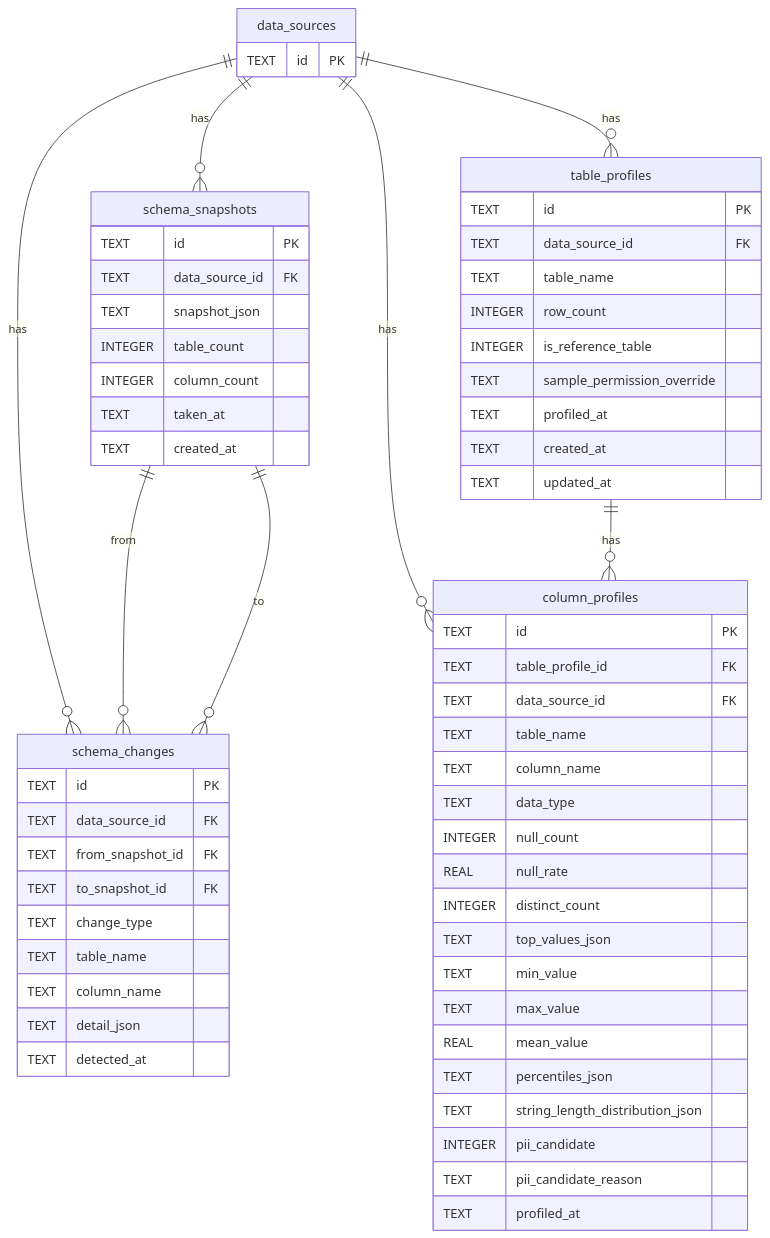
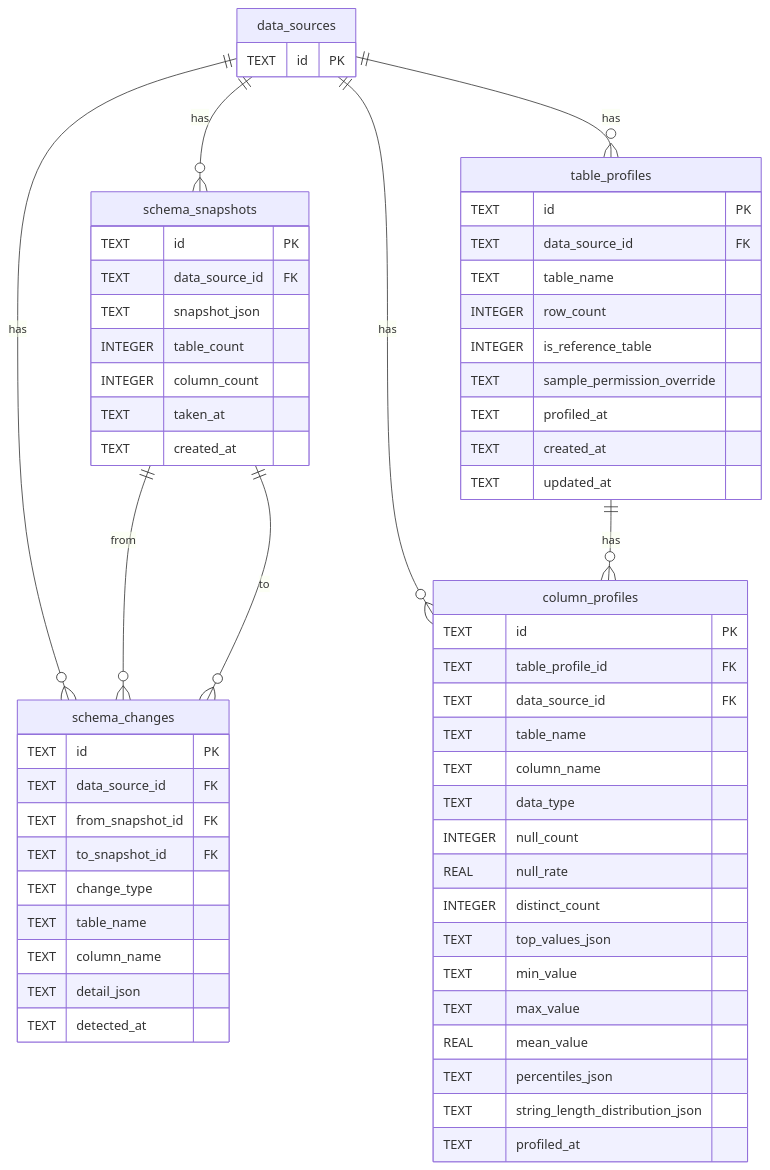
The fourth of 9 diagrams in docs/DATABASE_SCHEMA.md (cichobuc/AIBIo), drawn with Mermaid before and after one commit. The commit also changed other lines of this file and 30 other files, not shown here.

First line of the commit message:
refactor: unify PII metadata, fold Permissions into Settings + Schema tree

````diff
--- a/docs/DATABASE_SCHEMA.md
+++ b/docs/DATABASE_SCHEMA.md
@@ -288,69 +288,67 @@
 ```mermaid
 erDiagram
     data_sources {
         TEXT id PK
     }
 
     schema_snapshots {
         TEXT id PK
         TEXT data_source_id FK
         TEXT snapshot_json
         INTEGER table_count
         INTEGER column_count
         TEXT taken_at
         TEXT created_at
     }
 
     schema_changes {
         TEXT id PK
         TEXT data_source_id FK
         TEXT from_snapshot_id FK
         TEXT to_snapshot_id FK
         TEXT change_type
         TEXT table_name
         TEXT column_name
         TEXT detail_json
         TEXT detected_at
     }
 
     table_profiles {
         TEXT id PK
         TEXT data_source_id FK
         TEXT table_name
         INTEGER row_count
         INTEGER is_reference_table
         TEXT sample_permission_override
         TEXT profiled_at
         TEXT created_at
         TEXT updated_at
     }
 
     column_profiles {
         TEXT id PK
         TEXT table_profile_id FK
         TEXT data_source_id FK
         TEXT table_name
         TEXT column_name
         TEXT data_type
         INTEGER null_count
         REAL null_rate
         INTEGER distinct_count
         TEXT top_values_json
         TEXT min_value
         TEXT max_value
         REAL mean_value
         TEXT percentiles_json
         TEXT string_length_distribution_json
-        INTEGER pii_candidate
-        TEXT pii_candidate_reason
         TEXT profiled_at
     }
 
     data_sources ||--o{ schema_snapshots : "has"
     data_sources ||--o{ schema_changes : "has"
     data_sources ||--o{ table_profiles : "has"
     data_sources ||--o{ column_profiles : "has"
     table_profiles ||--o{ column_profiles : "has"
     schema_snapshots ||--o{ schema_changes : "from"
     schema_snapshots ||--o{ schema_changes : "to"
 ```
````
